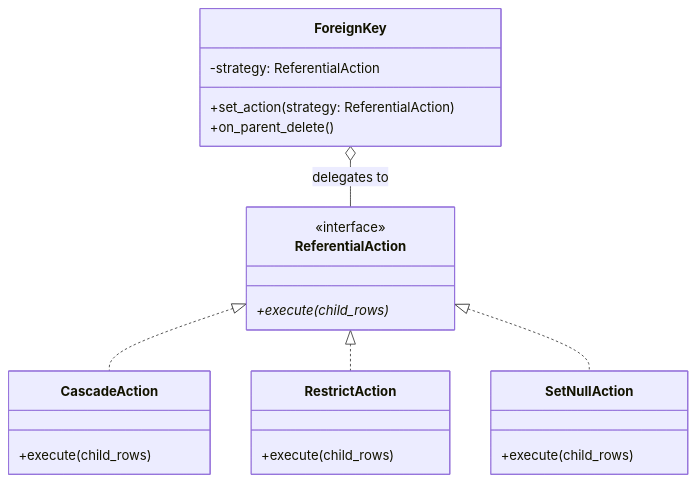
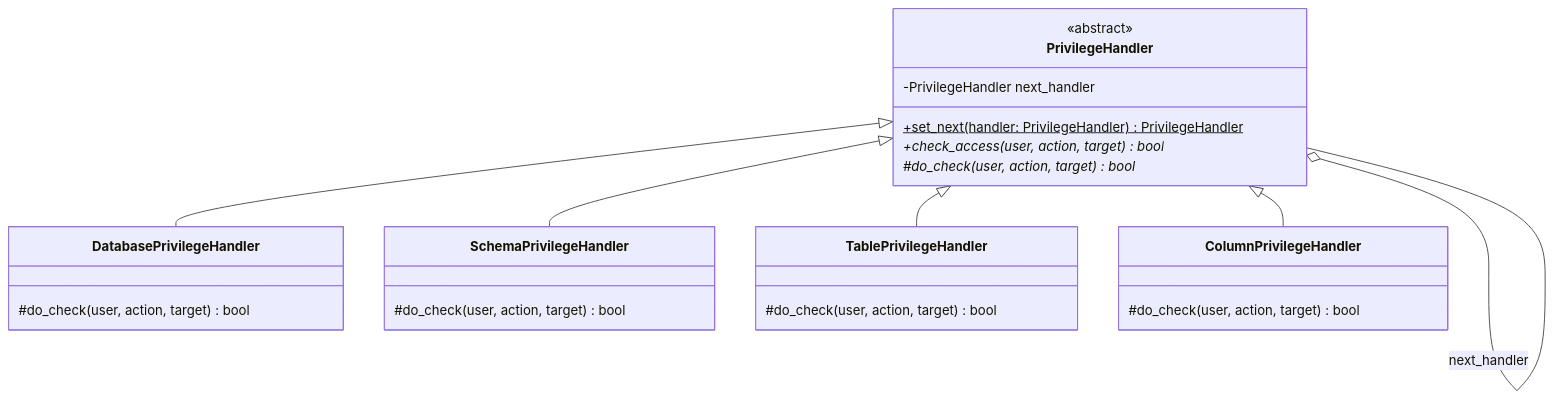
The fifth of 6 diagrams in DPSuggest.md (TamBui1706/DBMS), drawn with Mermaid before and after one commit. The commit also changed other lines of this file, not shown here.

````diff
--- a/DPSuggest.md
+++ b/DPSuggest.md
@@ -339,30 +370,32 @@
 ```mermaid
 classDiagram
-    class ForeignKey {
-        -strategy: ReferentialAction
-        +set_action(strategy: ReferentialAction)
-        +on_parent_delete()
+    class PrivilegeHandler {
+        <<abstract>>
+        -PrivilegeHandler next_handler
+        +set_next(handler: PrivilegeHandler)$ PrivilegeHandler
+        +check_access(user, action, target)* bool
+        #do_check(user, action, target)* bool
     }
     
-    class ReferentialAction {
-        <<interface>>
-        +execute(child_rows)*
+    class DatabasePrivilegeHandler {
+        #do_check(user, action, target) bool
     }
     
-    class CascadeAction {
-        +execute(child_rows)
+    class SchemaPrivilegeHandler {
+        #do_check(user, action, target) bool
     }
     
-    class RestrictAction {
-        +execute(child_rows)
+    class TablePrivilegeHandler {
+        #do_check(user, action, target) bool
     }
     
-    class SetNullAction {
-        +execute(child_rows)
+    class ColumnPrivilegeHandler {
+        #do_check(user, action, target) bool
     }
 
-    ForeignKey o-- ReferentialAction : delegates to
-    ReferentialAction <|.. CascadeAction
-    ReferentialAction <|.. RestrictAction
-    ReferentialAction <|.. SetNullAction
+    PrivilegeHandler o-- PrivilegeHandler : next_handler
+    PrivilegeHandler <|-- DatabasePrivilegeHandler
+    PrivilegeHandler <|-- SchemaPrivilegeHandler
+    PrivilegeHandler <|-- TablePrivilegeHandler
+    PrivilegeHandler <|-- ColumnPrivilegeHandler
 ```
````
